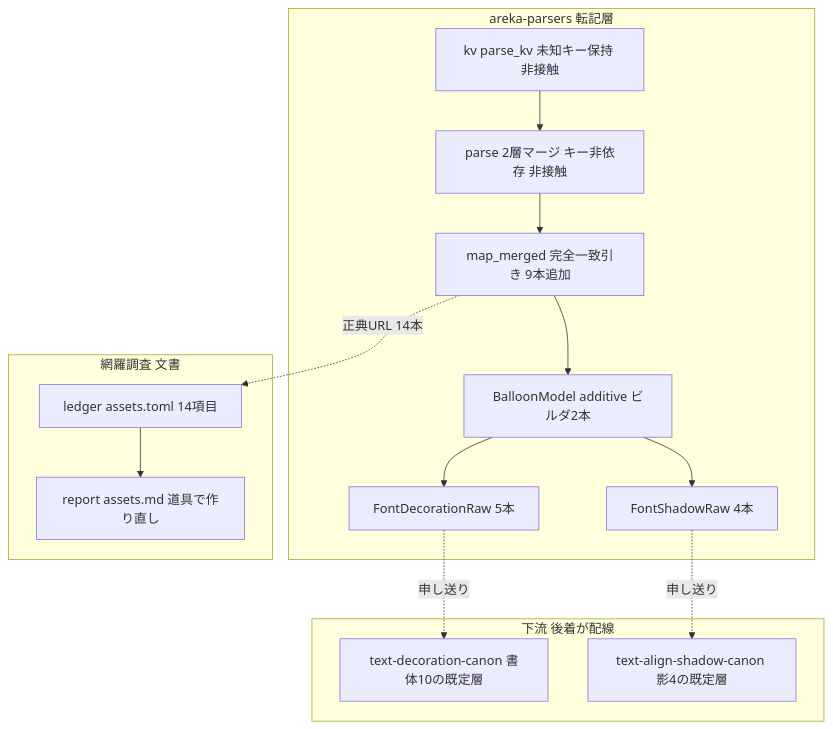
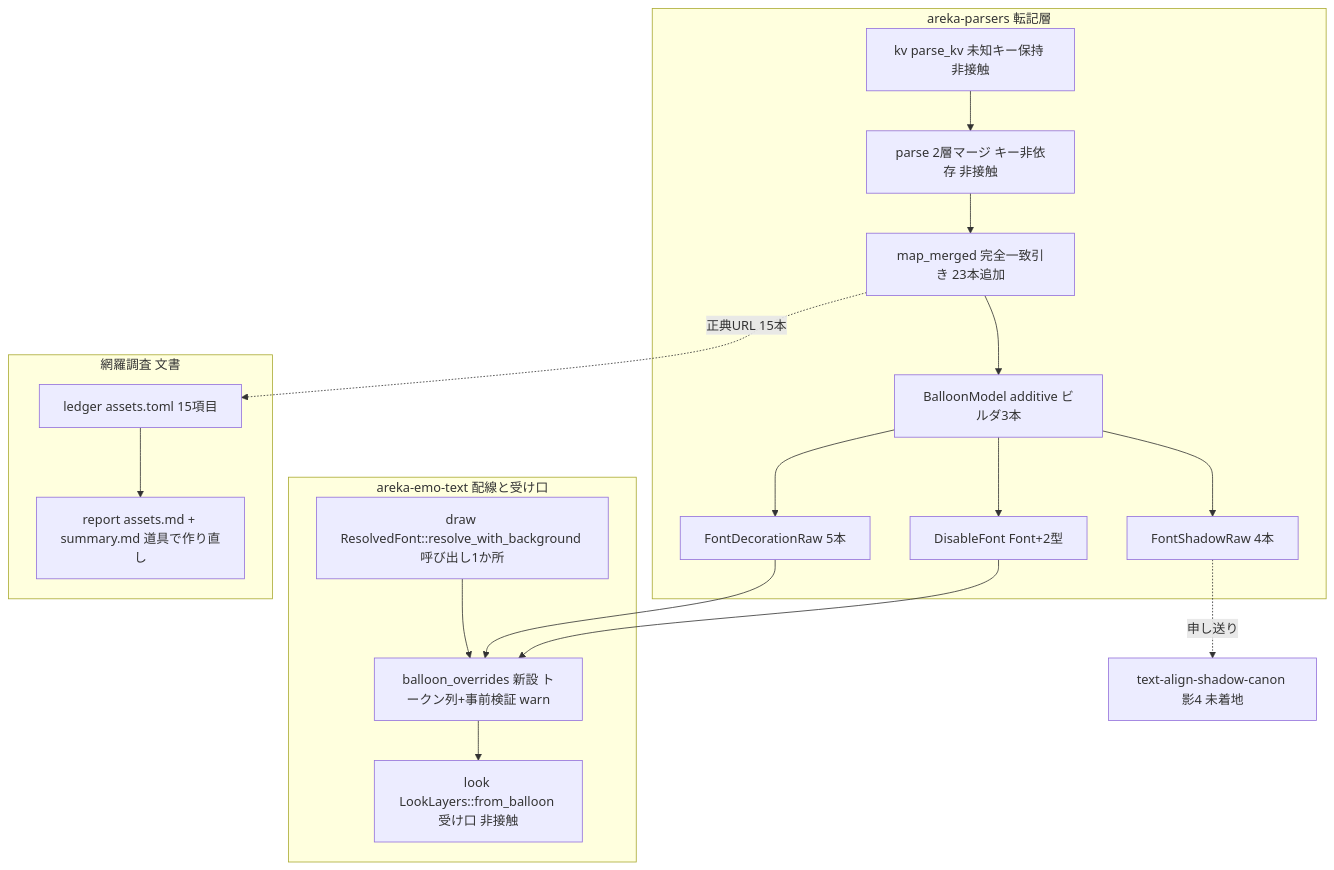
The diagram in .kiro/specs/areka-P0-balloon-font-descript-keys/design.md (ekicyou/areka), drawn with Mermaid before and after one commit. The commit also changed other lines of this file and 2 other files, not shown here.

First line of the commit message:
docs(areka-P0-balloon-font-descript-keys): revise design after merging main

````diff
--- a/.kiro/specs/areka-P0-balloon-font-descript-keys/design.md
+++ b/.kiro/specs/areka-P0-balloon-font-descript-keys/design.md
@@ -95,26 +102,31 @@
 ```mermaid
 graph TB
     subgraph Parsers[areka-parsers 転記層]
         KV[kv parse_kv 未知キー保持 非接触]
         Merge[parse 2層マージ キー非依存 非接触]
-        Map[map_merged 完全一致引き 9本追加]
-        Model[BalloonModel additive ビルダ2本]
+        Map[map_merged 完全一致引き 23本追加]
+        Model[BalloonModel additive ビルダ3本]
         DecoRaw[FontDecorationRaw 5本]
         ShadowRaw[FontShadowRaw 4本]
+        Disable[DisableFont Font+2型]
         KV --> Merge --> Map --> Model
         Model --> DecoRaw
         Model --> ShadowRaw
+        Model --> Disable
     end
-    subgraph Downstream[下流 後着が配線]
-        Deco[text-decoration-canon 書体10の既定層]
-        Shadow[text-align-shadow-canon 影4の既定層]
+    subgraph EmoText[areka-emo-text 配線と受け口]
+        Over[balloon_overrides 新設 トークン列+事前検証 warn]
+        Draw[draw ResolvedFont::resolve_with_background 呼び出し1か所]
+        Look[look LookLayers::from_balloon 受け口 非接触]
+        Draw --> Over --> Look
     end
     subgraph Ledger[網羅調査 文書]
-        Assets[ledger assets.toml 14項目]
-        Report[report assets.md 道具で作り直し]
+        Assets[ledger assets.toml 15項目]
+        Report[report assets.md + summary.md 道具で作り直し]
         Assets --> Report
     end
-    DecoRaw -.申し送り.-> Deco
-    ShadowRaw -.申し送り.-> Shadow
-    Map -.正典URL 14本.-> Assets
+    DecoRaw --> Over
+    Disable --> Over
+    ShadowRaw -.申し送り.-> Shadow[text-align-shadow-canon 影4 未着地]
+    Map -.正典URL 15本.-> Assets
 ```
````
